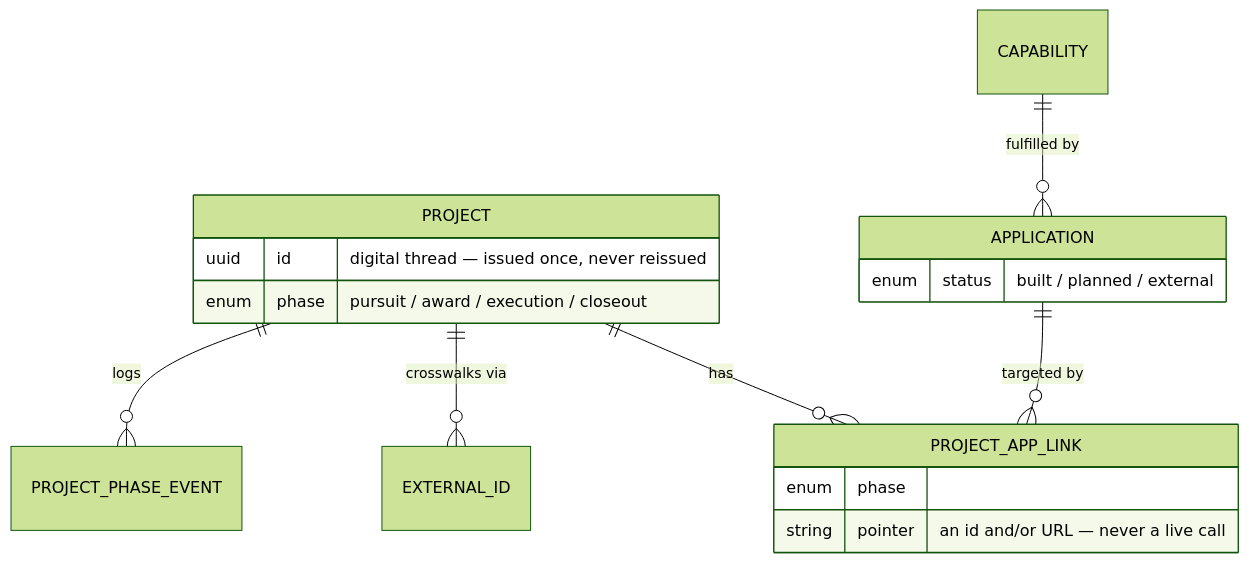
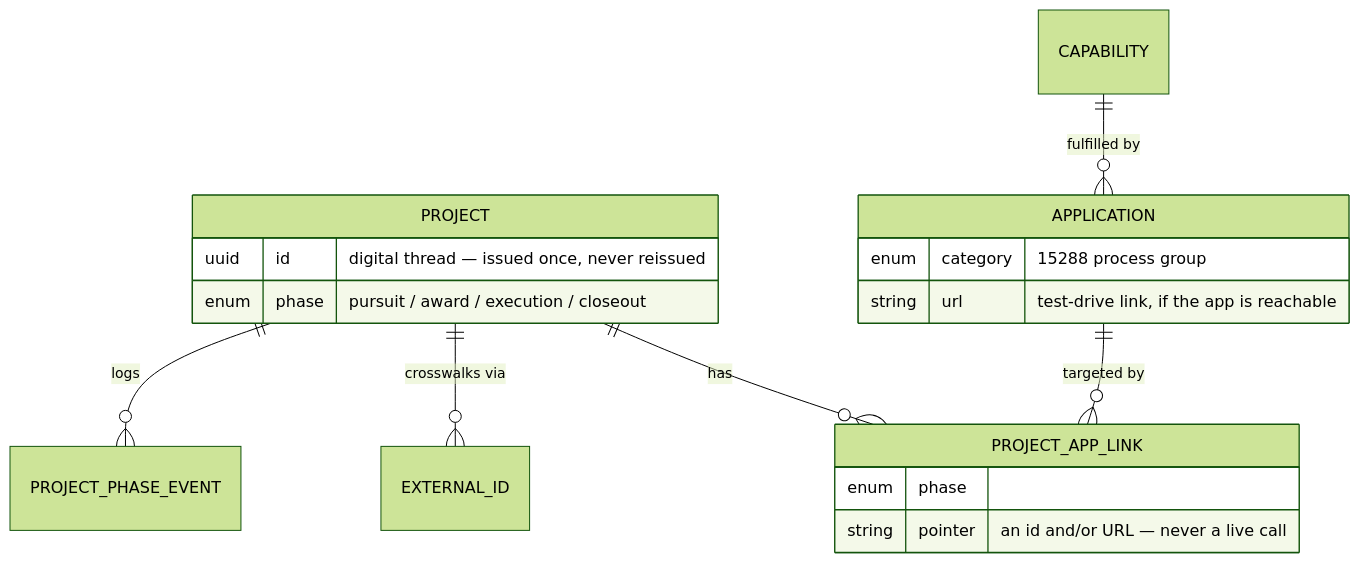
The diagram in README.md (matthewnewell/conways-depot), drawn with Mermaid (forest theme) before and after one commit. The commit also changed other lines of this file and 31 other files, not shown here.

````diff
--- a/README.md
+++ b/README.md
@@ -17,20 +17,21 @@
 ```mermaid
 erDiagram
     PROJECT ||--o{ PROJECT_APP_LINK : "has"
     APPLICATION ||--o{ PROJECT_APP_LINK : "targeted by"
     CAPABILITY ||--o{ APPLICATION : "fulfilled by"
     PROJECT ||--o{ EXTERNAL_ID : "crosswalks via"
     PROJECT ||--o{ PROJECT_PHASE_EVENT : "logs"
 
     PROJECT {
         uuid id "digital thread — issued once, never reissued"
         enum phase "pursuit / award / execution / closeout"
     }
     PROJECT_APP_LINK {
         enum phase
         string pointer "an id and/or URL — never a live call"
     }
     APPLICATION {
-        enum status "built / planned / external"
+        enum category "15288 process group"
+        string url "test-drive link, if the app is reachable"
     }
 ```
````
